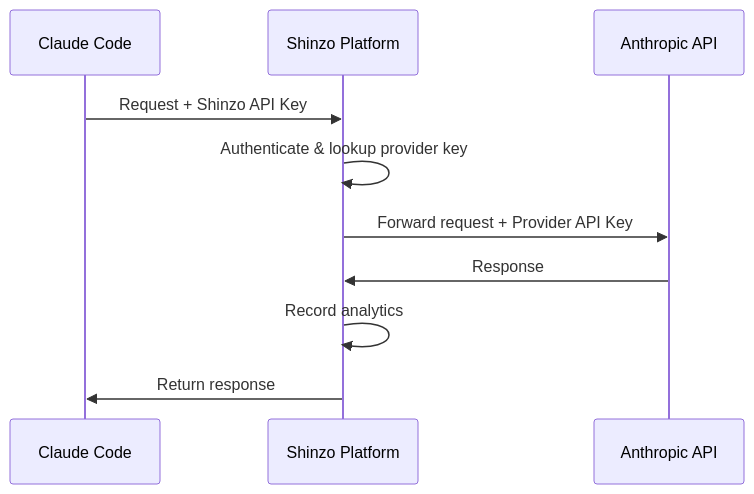
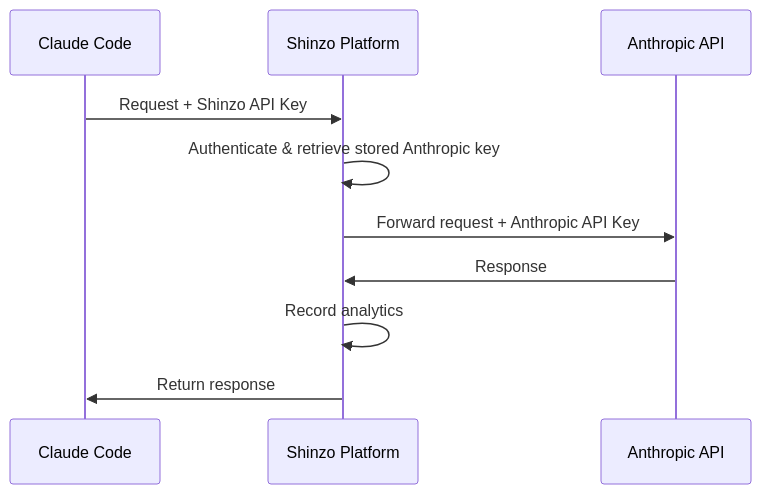
The first of 2 diagrams in ai-tools/claude-code.mdx (shinzo-labs/docs), drawn with Mermaid before and after one commit. The commit also changed other lines of this file, not shown here.

````diff
--- a/ai-tools/claude-code.mdx
+++ b/ai-tools/claude-code.mdx
@@ -20,13 +53,13 @@
 ```mermaid
 sequenceDiagram
     participant CC as Claude Code
     participant S as Shinzo Platform
     participant A as Anthropic API
 
     CC->>S: Request + Shinzo API Key
-    S->>S: Authenticate & lookup provider key
-    S->>A: Forward request + Provider API Key
+    S->>S: Authenticate & retrieve stored Anthropic key
+    S->>A: Forward request + Anthropic API Key
     A->>S: Response
     S->>S: Record analytics
     S->>CC: Return response
 ```
````
